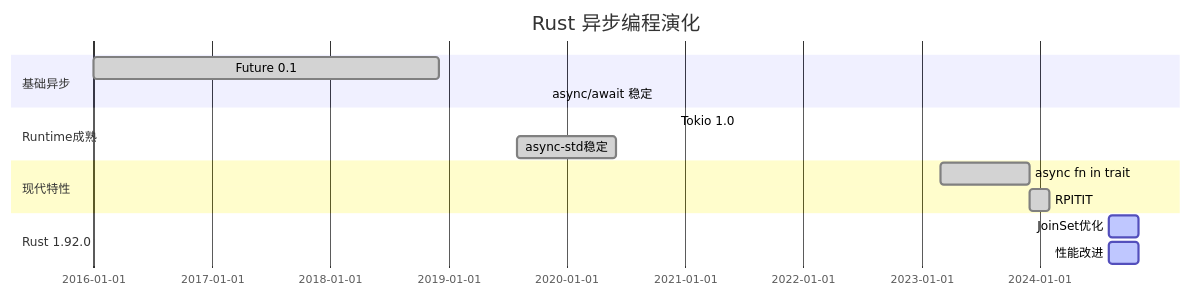
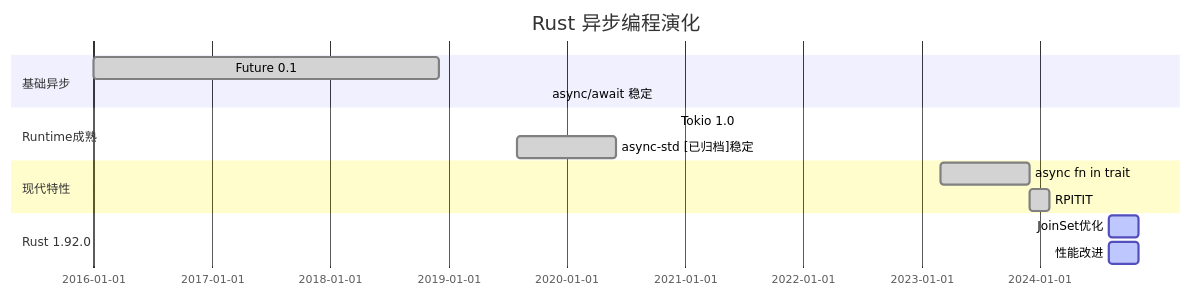
One commit to martin-ly/rust-lang changed the fourth of 4 diagrams in crates/c06_async/docs/theory_enhanced/KNOWLEDGE_GRAPH_AND_CONCEPT_RELATIONS.md. Above: the diagram before and after it, drawn with Mermaid. The commit also changed other lines of this file and 1463 other files, not shown here.

````diff
--- a/crates/c06_async/docs/theory_enhanced/KNOWLEDGE_GRAPH_AND_CONCEPT_RELATIONS.md
+++ b/crates/c06_async/docs/theory_enhanced/KNOWLEDGE_GRAPH_AND_CONCEPT_RELATIONS.md
@@ -146,21 +146,21 @@
 ```mermaid
 gantt
     title Rust 异步编程演化
     dateFormat YYYY-MM
 
     section 基础异步
     Future 0.1        :done, 2016-01, 2018-12
     async/await 稳定  :done, 2019-11, 2019-11
 
     section Runtime成熟
     Tokio 1.0         :done, 2020-12, 2020-12
-    async-std稳定     :done, 2019-08, 2020-06
+    async-std [已归档]稳定     :done, 2019-08, 2020-06
 
     section 现代特性
     async fn in trait :done, 2023-03, 2023-12
     RPITIT           :done, 2023-12, 2024-02
 
     section Rust 1.92.0
     JoinSet优化       :active, 2024-08, 2024-11
     性能改进          :active, 2024-08, 2024-11
 ```
````
